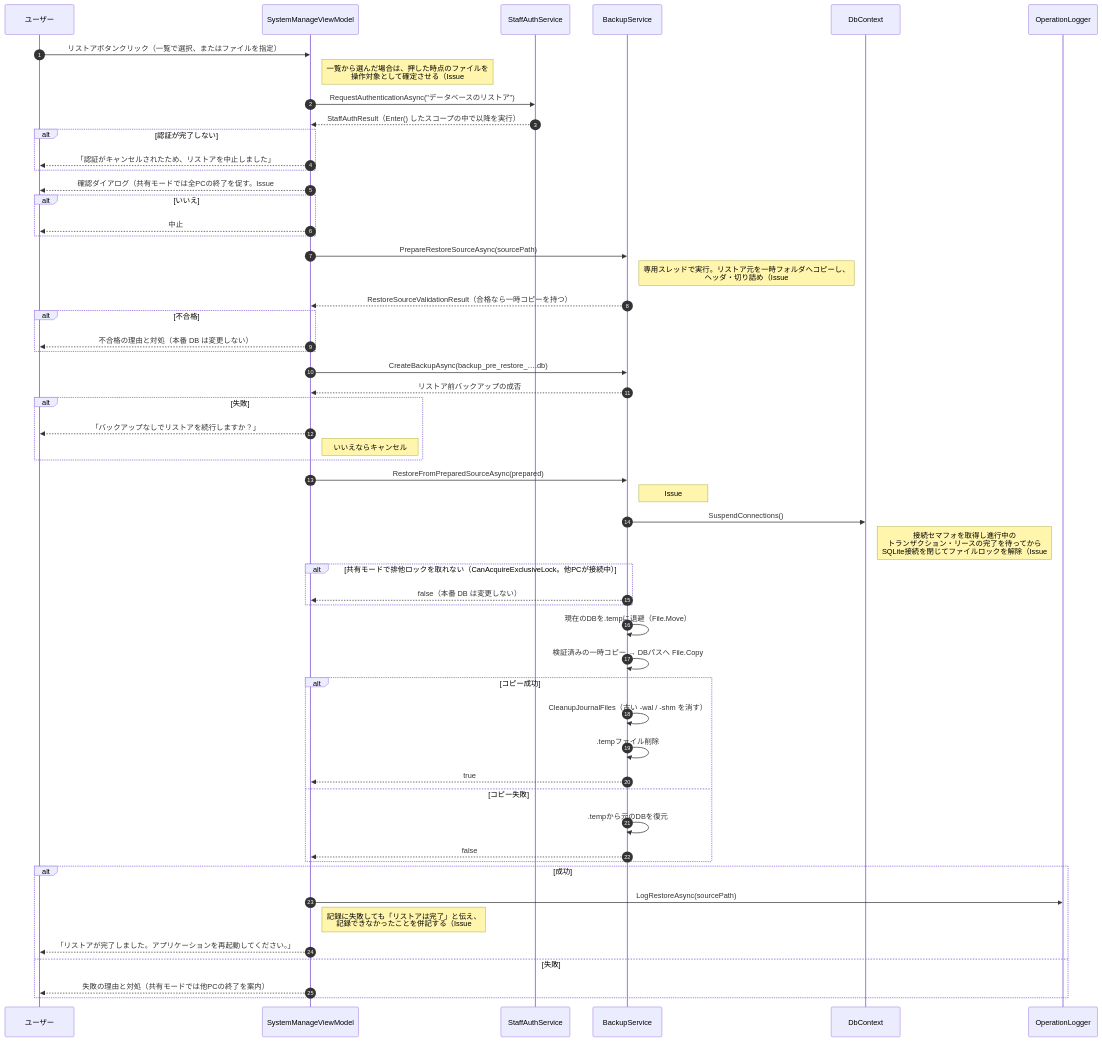
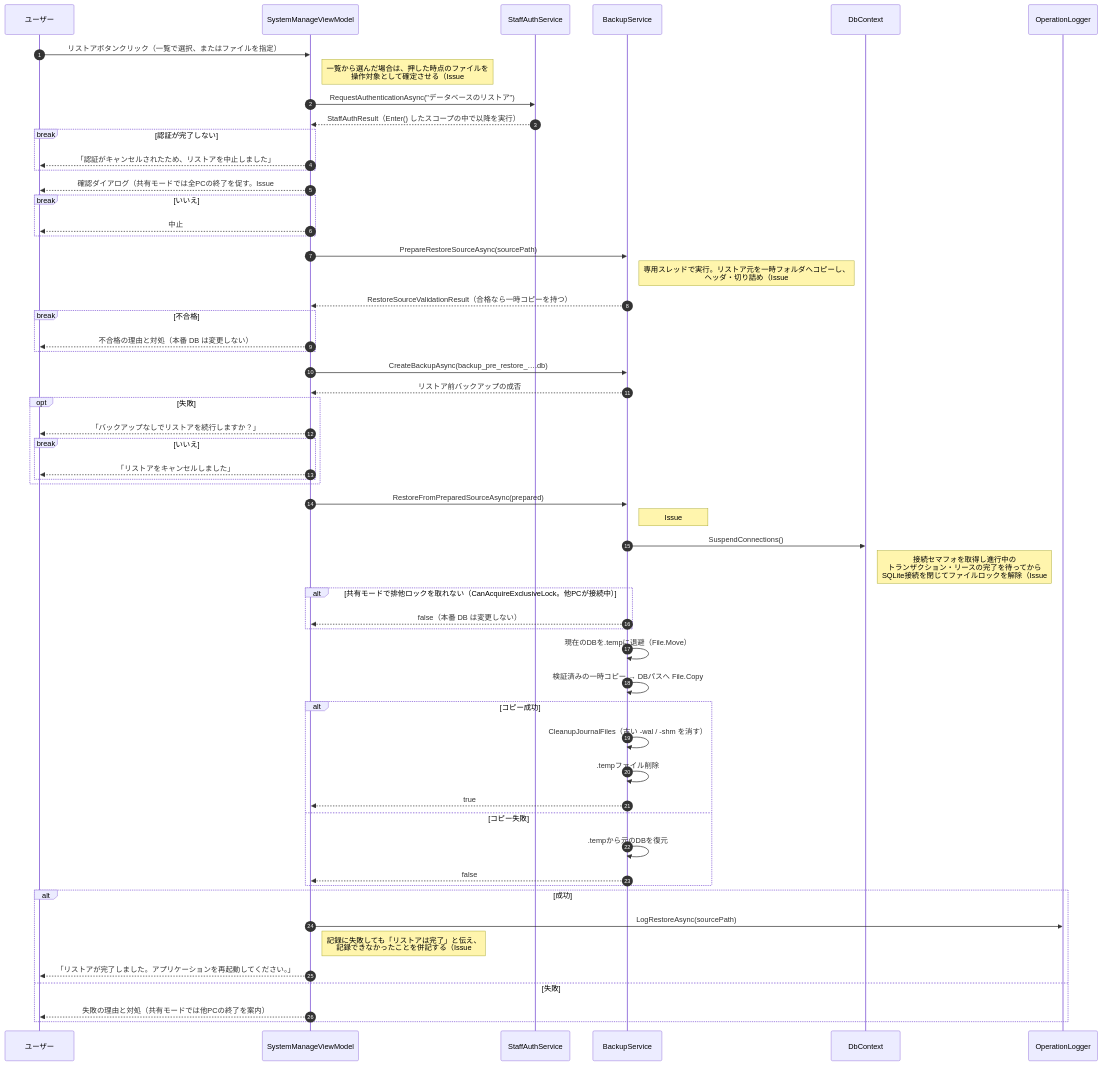
One commit to kuwayamamasayuki/ICCardManager changed diagram 14 of 17 in ICCardManager/docs/design/06_シーケンス図.md. Above: the diagram before and after it, drawn with Mermaid. The commit also changed other lines of this file, not shown here.

First line of the commit message:
docs: シーケンス図のレビュー指摘 2 回目を反映した（#2310）

````diff
--- a/ICCardManager/docs/design/06_シーケンス図.md
+++ b/ICCardManager/docs/design/06_シーケンス図.md
@@ -888,65 +912,67 @@
 ```mermaid
 sequenceDiagram
     autonumber
     participant User as ユーザー
     participant VM as SystemManageViewModel
     participant Auth as StaffAuthService
     participant BS as BackupService
     participant DB as DbContext
     participant OL as OperationLogger
 
     User->>VM: リストアボタンクリック（一覧で選択、またはファイルを指定）
     Note right of VM: 一覧から選んだ場合は、押した時点のファイルを<br/>操作対象として確定させる（Issue #1761）
 
     VM->>Auth: RequestAuthenticationAsync("データベースのリストア")
     Auth-->>VM: StaffAuthResult（Enter() したスコープの中で以降を実行）
-    alt 認証が完了しない
+    break 認証が完了しない
         VM-->>User: 「認証がキャンセルされたため、リストアを中止しました」
     end
 
     VM-->>User: 確認ダイアログ（共有モードでは全PCの終了を促す。Issue #1108）
-    alt いいえ
+    break いいえ
         VM-->>User: 中止
     end
 
     VM->>BS: PrepareRestoreSourceAsync(sourcePath)
     Note right of BS: 専用スレッドで実行。リストア元を一時フォルダへコピーし、<br/>ヘッダ・切り詰め（Issue #1748）・PRAGMA quick_check・<br/>本システムの DB の印・SchemaObjectInspector・<br/>スキーマの版を検証する（Issue #2269）
     BS-->>VM: RestoreSourceValidationResult（合格なら一時コピーを持つ）
-    alt 不合格
+    break 不合格
         VM-->>User: 不合格の理由と対処（本番 DB は変更しない）
     end
 
     VM->>BS: CreateBackupAsync(backup_pre_restore_….db)
     BS-->>VM: リストア前バックアップの成否
-    alt 失敗
+    opt 失敗
         VM-->>User: 「バックアップなしでリストアを続行しますか？」
-        Note right of VM: いいえならキャンセル
+        break いいえ
+            VM-->>User: 「リストアをキャンセルしました」
+        end
     end
 
     VM->>BS: RestoreFromPreparedSourceAsync(prepared)
     Note right of BS: Issue #1809: Task.Run で同期版を委譲（SuspendConnections が<br/>セマフォを同期取得するため UI スレッドでは<br/>#1281 のガードで拒否される）
     BS->>DB: SuspendConnections()
     Note right of DB: 接続セマフォを取得し進行中の<br/>トランザクション・リースの完了を待ってから<br/>SQLite接続を閉じてファイルロックを解除（Issue #1809）。<br/>停止中に到着した書き込みは解除まで待機
     alt 共有モードで排他ロックを取れない（CanAcquireExclusiveLock。他PCが接続中）
         BS-->>VM: false（本番 DB は変更しない）
     end
     BS->>BS: 現在のDBを.tempに退避（File.Move）
     BS->>BS: 検証済みの一時コピー → DBパスへ File.Copy
 
     alt コピー成功
         BS->>BS: CleanupJournalFiles（古い -wal / -shm を消す）
         BS->>BS: .tempファイル削除
         BS-->>VM: true
     else コピー失敗
         BS->>BS: .tempから元のDBを復元
         BS-->>VM: false
     end
 
     alt 成功
         VM->>OL: LogRestoreAsync(sourcePath)
         Note right of VM: 記録に失敗しても「リストアは完了」と伝え、<br/>記録できなかったことを併記する（Issue #2130）
         VM-->>User: 「リストアが完了しました。アプリケーションを再起動してください。」
     else 失敗
         VM-->>User: 失敗の理由と対処（共有モードでは他PCの終了を案内）
     end
 ```
````
